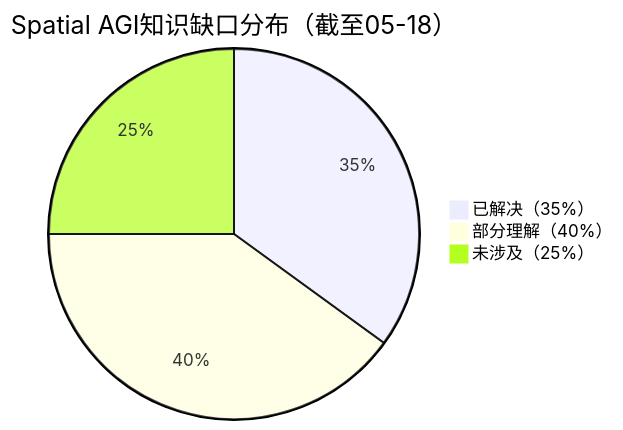
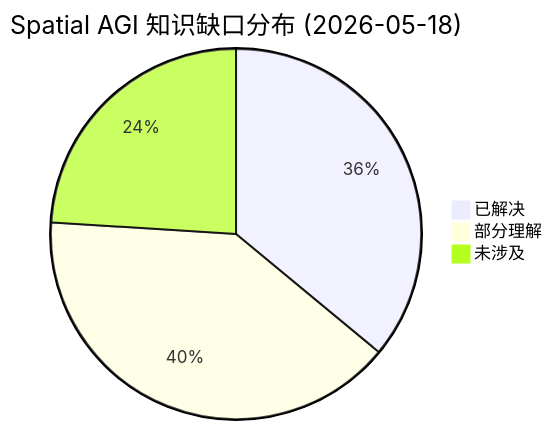
The fourth of 5 diagrams in daily_thinking/2026-05-18.md (ahangchen/spatial_agi), drawn with Mermaid before and after one commit. The commit also changed other lines of this file, not shown here.

First line of the commit message:
feat: Spatial AGI Research - 2026-05-18

````diff
--- a/daily_thinking/2026-05-18.md
+++ b/daily_thinking/2026-05-18.md
@@ -483,6 +341,6 @@
 ```mermaid
-pie title Spatial AGI知识缺口分布（截至05-18）
-    "已解决（35%）" : 35
-    "部分理解（40%）" : 40
-    "未涉及（25%）" : 25
+pie title Spatial AGI 知识缺口分布 (2026-05-18)
+    "已解决" : 36
+    "部分理解" : 40
+    "未涉及" : 24
 ```
````
